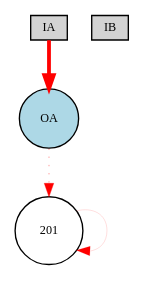
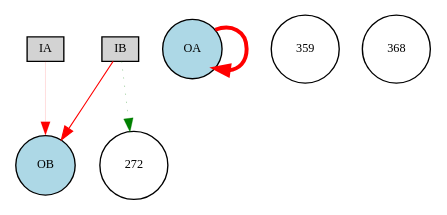
Before and after one commit to danxan/neuromorphic-evolution: the diagram in source/cont_exp/Digraph.gv, drawn with Graphviz. The commit also changed 5 other files, not shown here.

```diff
--- a/source/cont_exp/Digraph.gv
+++ b/source/cont_exp/Digraph.gv
@@ -1,10 +1,14 @@
 digraph {
 	node [fontsize=9 height=0.2 shape=circle width=0.2]
 	IA [fillcolor=lightgray shape=box style=filled]
 	IB [fillcolor=lightgray shape=box style=filled]
 	OA [fillcolor=lightblue style=filled]
-	201 [fillcolor=white style=filled]
-	IA -> OA [color=red penwidth=2.813710010449289 style=solid]
-	OA -> 201 [color=red penwidth=0.2927580547514548 style=dotted]
-	201 -> 201 [color=red penwidth=0.10306163863385319 style=solid]
+	OB [fillcolor=lightblue style=filled]
+	359 [fillcolor=white style=filled]
+	368 [fillcolor=white style=filled]
+	272 [fillcolor=white style=filled]
+	IB -> OB [color=red penwidth=0.7976528696941348 style=solid]
+	OA -> OA [color=red penwidth=2.8977317558180147 style=solid]
+	IB -> 272 [color=green penwidth=0.2168260725911642 style=dotted]
+	IA -> OB [color=red penwidth=0.10280316375774931 style=solid]
 }
```
